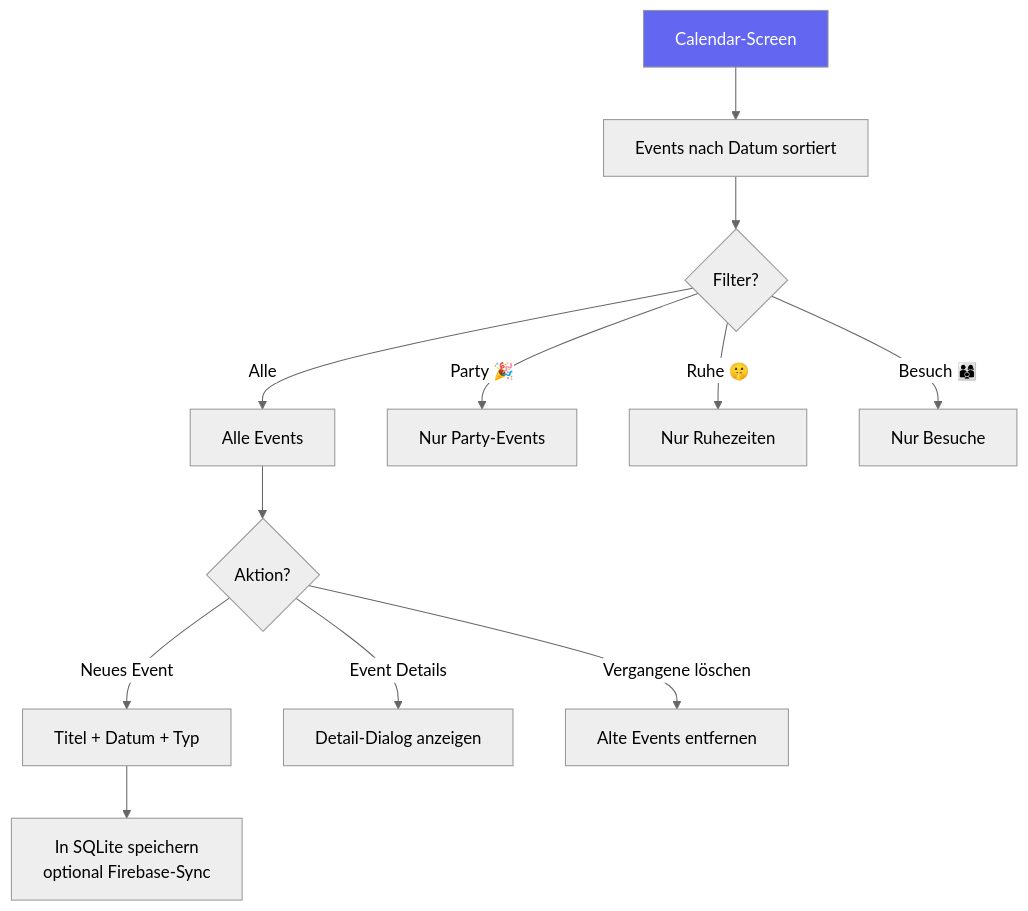
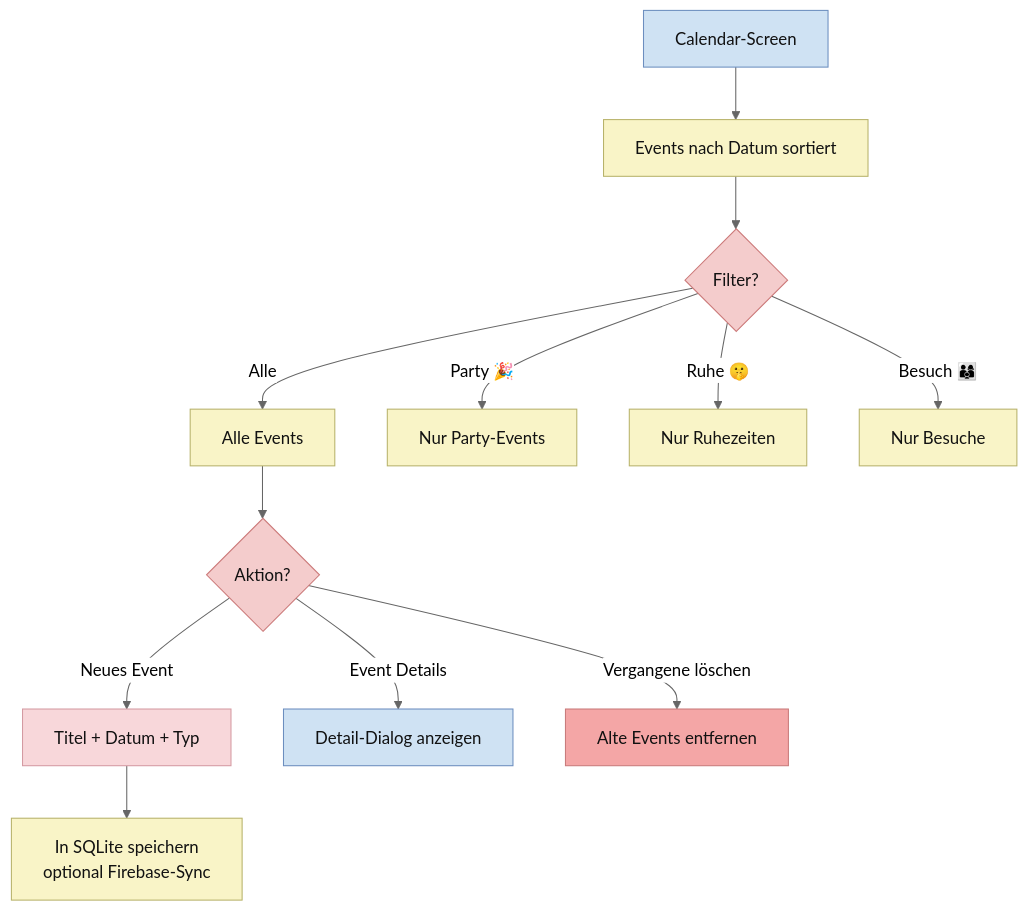
Before and after one commit to Nejy190501/WGManager: the sixth of 23 diagrams in ABLAUFDIAGRAMM.md, drawn with Mermaid (neutral theme). The commit also changed other lines of this file, not shown here.

````diff
--- a/ABLAUFDIAGRAMM.md
+++ b/ABLAUFDIAGRAMM.md
@@ -208,17 +284,29 @@
 ```mermaid
 flowchart TD
     A["Calendar-Screen"] --> B["Events nach Datum sortiert"]
     B --> C{"Filter?"}
     C -->|Alle| D["Alle Events"]
     C -->|Party 🎉| E["Nur Party-Events"]
     C -->|Ruhe 🤫| F["Nur Ruhezeiten"]
     C -->|Besuch 👨‍👩‍👦| G["Nur Besuche"]
     
     D --> H{"Aktion?"}
     H -->|Neues Event| I["Titel + Datum + Typ"]
     I --> J["In SQLite speichern<br/>optional Firebase-Sync"]
     H -->|Event Details| K["Detail-Dialog anzeigen"]
     H -->|Vergangene löschen| L["Alte Events entfernen"]
 
-    style A fill:#6366f1,color:#fff
+    classDef userAction fill:#ead1f2,stroke:#8e7cc3,color:#111;
+    classDef systemAction fill:#f9f4c7,stroke:#b7b26a,color:#111;
+    classDef userDecision fill:#f4cccc,stroke:#cc7a7a,color:#111;
+    classDef systemDecision fill:#fff2b2,stroke:#c9b458,color:#111;
+    classDef button fill:#f4a6a6,stroke:#c97b7b,color:#111;
+    classDef userInput fill:#f8d7da,stroke:#d49aa2,color:#111;
+    classDef screen fill:#cfe2f3,stroke:#6c8ebf,color:#111;
+
+    class B,D,E,F,G,J systemAction;
+    class C,H userDecision;
+    class L button;
+    class I userInput;
+    class A,K screen;
 ```
````
